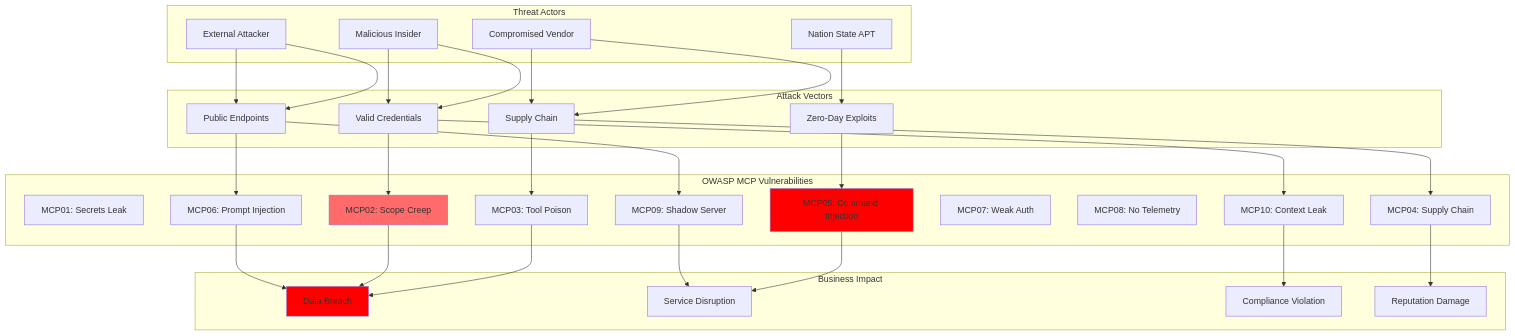
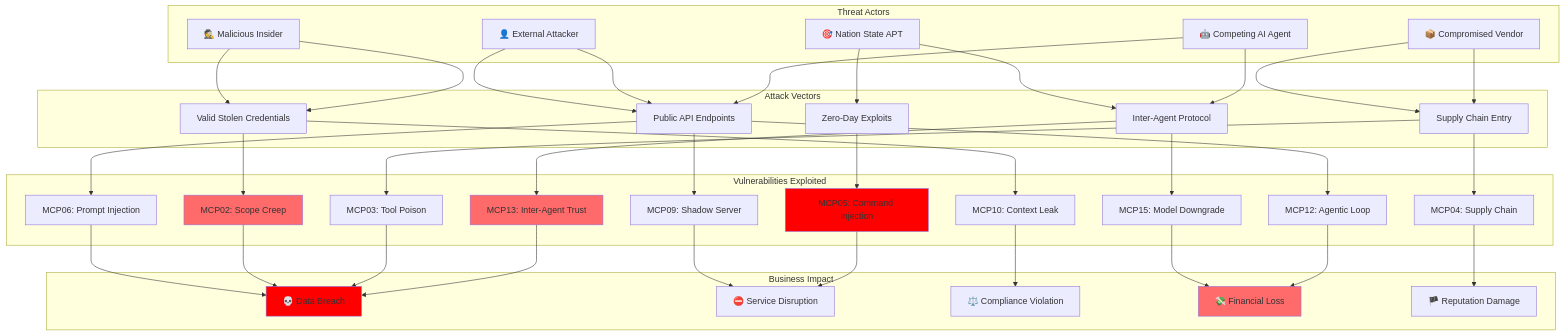
The ninth of 9 diagrams in mcp/redteam/owasp__.md (babywyrm/sysadmin), drawn with Mermaid before and after one commit. The commit also changed other lines of this file, not shown here.

````diff
--- a/mcp/redteam/owasp__.md
+++ b/mcp/redteam/owasp__.md
@@ -495,48 +1360,56 @@
 ```mermaid
 graph TD
     subgraph "Threat Actors"
-        T1[External Attacker]
-        T2[Malicious Insider]
-        T3[Compromised Vendor]
-        T4[Nation State APT]
+        T1[👤 External Attacker]
+        T2[🕵️ Malicious Insider]
+        T3[📦 Compromised Vendor]
+        T4[🎯 Nation State APT]
+        T5[🤖 Competing AI Agent]
     end
-    
+
     subgraph "Attack Vectors"
-        V1[Public Endpoints]
-        V2[Valid Credentials]
-        V3[Supply Chain]
+        V1[Public API Endpoints]
+        V2[Valid Stolen Credentials]
+        V3[Supply Chain Entry]
         V4[Zero-Day Exploits]
+        V5[Inter-Agent Protocol]
     end
-    
-    subgraph "OWASP MCP Vulnerabilities"
-        MCP01_V[MCP01: Secrets Leak]
+
+    subgraph "Vulnerabilities Exploited"
+        MCP06_V[MCP06: Prompt Injection]
+        MCP09_V[MCP09: Shadow Server]
         MCP02_V[MCP02: Scope Creep]
+        MCP10_V[MCP10: Context Leak]
+        MCP04_V[MCP04: Supply Chain]
         MCP03_V[MCP03: Tool Poison]
-        MCP04_V[MCP04: Supply Chain]
         MCP05_V[MCP05: Command Injection]
-        MCP06_V[MCP06: Prompt Injection]
-        MCP07_V[MCP07: Weak Auth]
-        MCP08_V[MCP08: No Telemetry]
-        MCP09_V[MCP09: Shadow Server]
-        MCP10_V[MCP10: Context Leak]
+        MCP13_V[MCP13: Inter-Agent Trust]
+        MCP15_V[MCP15: Model Downgrade]
+        MCP12_V[MCP12: Agentic Loop]
     end
-    
+
     subgraph "Business Impact"
-        I1[Data Breach]
-        I2[Service Disruption]
-        I3[Compliance Violation]
-        I4[Reputation Damage]
+        I1[💀 Data Breach]
+        I2[⛔ Service Disruption]
+        I3[⚖️ Compliance Violation]
+        I4[💸 Financial Loss]
+        I5[🏴 Reputation Damage]
     end
-    
+
     T1 --> V1 --> MCP06_V --> I1
     T1 --> V1 --> MCP09_V --> I2
     T2 --> V2 --> MCP02_V --> I1
     T2 --> V2 --> MCP10_V --> I3
-    T3 --> V3 --> MCP04_V --> I4
+    T3 --> V3 --> MCP04_V --> I5
     T3 --> V3 --> MCP03_V --> I1
     T4 --> V4 --> MCP05_V --> I2
-    
+    T4 --> V5 --> MCP13_V --> I1
+    T5 --> V5 --> MCP15_V --> I4
+    T5 --> V1 --> MCP12_V --> I4
+
     style MCP05_V fill:#ff0000
     style MCP02_V fill:#ff6b6b
+    style MCP13_V fill:#ff6b6b
     style I1 fill:#ff0000
+    style I4 fill:#ff6b6b
 ```
````
